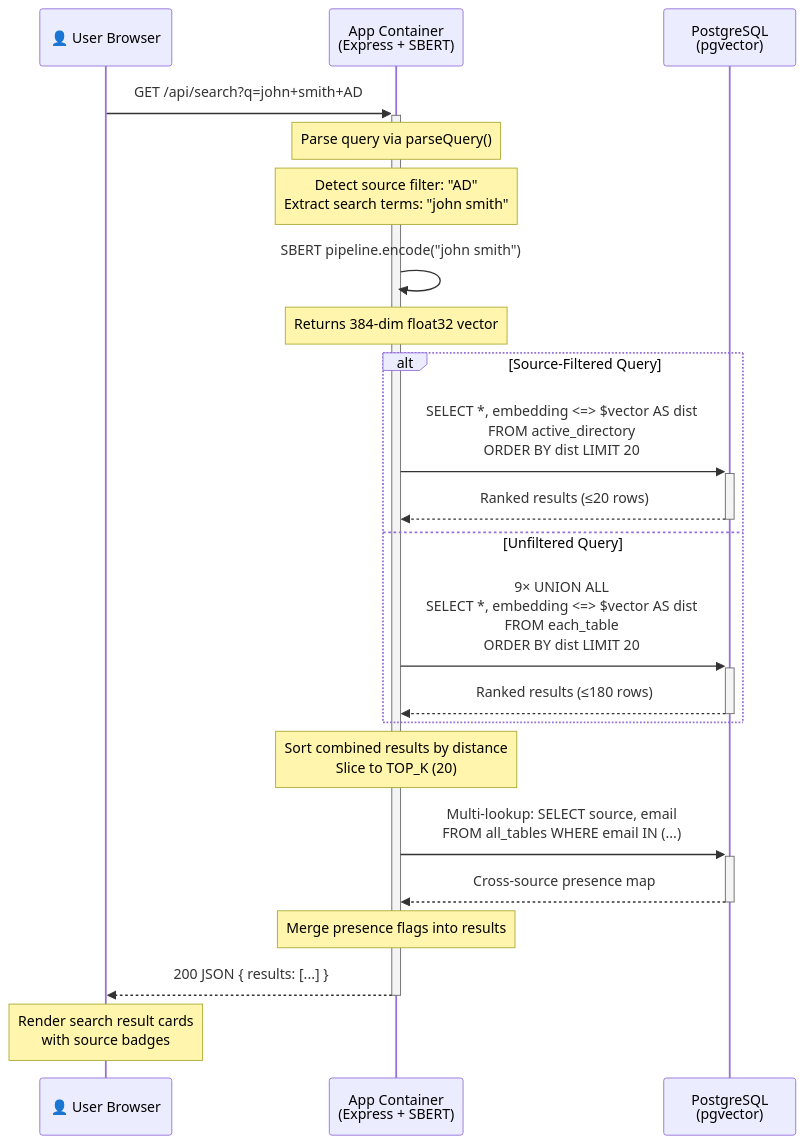
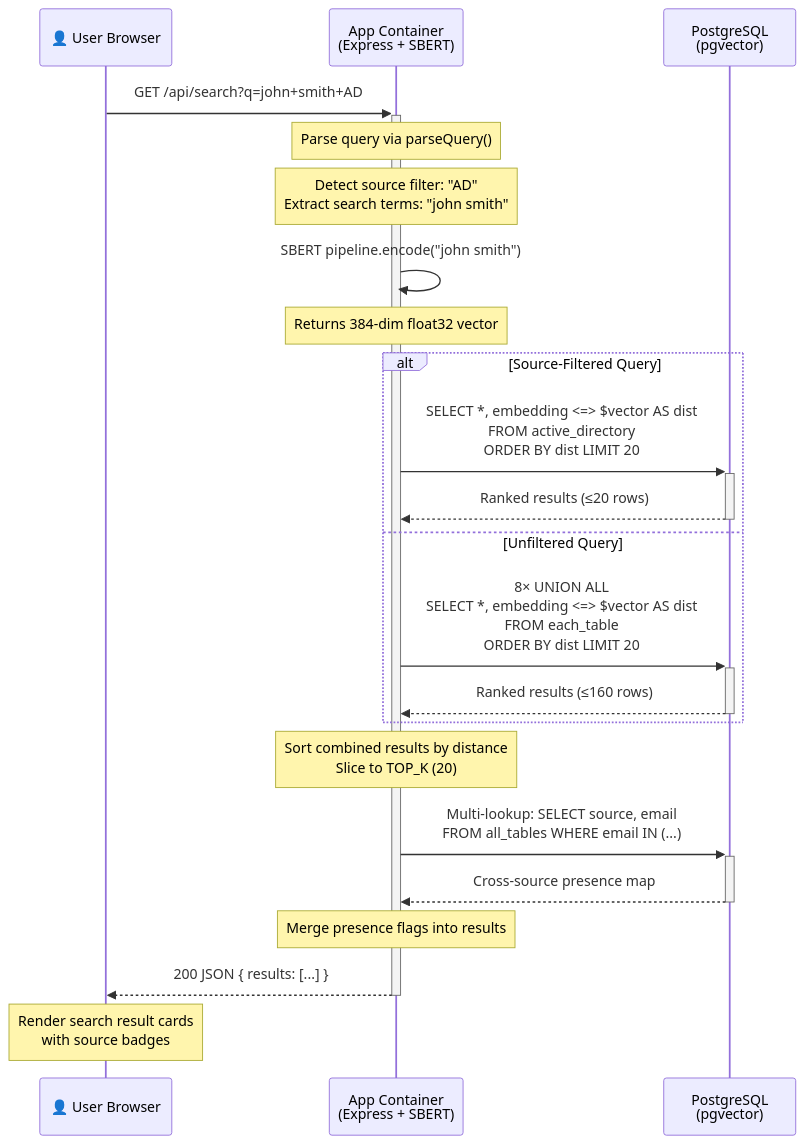
The diagram in docs/diagrams/search-sequence.md (sjackshaw/user-search), drawn with Mermaid before and after one commit. The commit also changed 31 other files, not shown here.

````diff
--- a/docs/diagrams/search-sequence.md
+++ b/docs/diagrams/search-sequence.md
@@ -3,33 +3,33 @@
 ```mermaid
 sequenceDiagram
     participant U as 👤 User Browser
     participant A as App Container<br/>(Express + SBERT)
     participant P as PostgreSQL<br/>(pgvector)
 
     U->>+A: GET /api/search?q=john+smith+AD
 
     Note over A: Parse query via parseQuery()
     Note over A: Detect source filter: "AD"<br/>Extract search terms: "john smith"
 
     A->>A: SBERT pipeline.encode("john smith")
     Note over A: Returns 384-dim float32 vector
 
     alt Source-Filtered Query
         A->>+P: SELECT *, embedding <=> $vector AS dist<br/>FROM active_directory<br/>ORDER BY dist LIMIT 20
         P-->>-A: Ranked results (≤20 rows)
     else Unfiltered Query
-        A->>+P: 9× UNION ALL<br/>SELECT *, embedding <=> $vector AS dist<br/>FROM each_table<br/>ORDER BY dist LIMIT 20
-        P-->>-A: Ranked results (≤180 rows)
+        A->>+P: 8× UNION ALL<br/>SELECT *, embedding <=> $vector AS dist<br/>FROM each_table<br/>ORDER BY dist LIMIT 20
+        P-->>-A: Ranked results (≤160 rows)
     end
 
     Note over A: Sort combined results by distance<br/>Slice to TOP_K (20)
 
     A->>+P: Multi-lookup: SELECT source, email<br/>FROM all_tables WHERE email IN (...)
     P-->>-A: Cross-source presence map
 
     Note over A: Merge presence flags into results
 
     A-->>-U: 200 JSON { results: [...] }
 
     Note over U: Render search result cards<br/>with source badges
 ```
````
